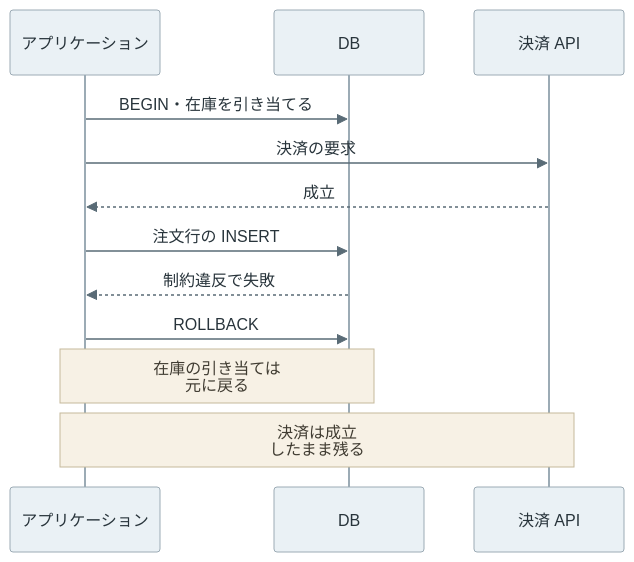
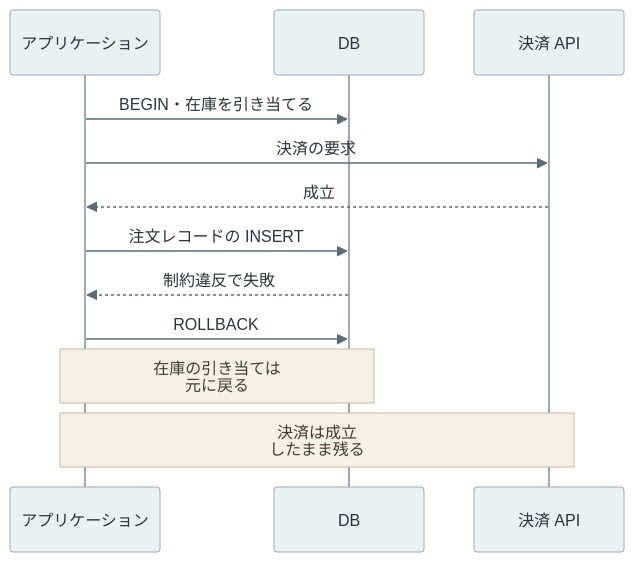
The third of 4 diagrams in content/notes/database-systems/transaction-scope/index.md (nao1215/debimate), drawn with Mermaid before and after one commit. The commit also changed other lines of this file and 125 other files, not shown here.

````diff
--- a/content/notes/database-systems/transaction-scope/index.md
+++ b/content/notes/database-systems/transaction-scope/index.md
@@ -98,15 +102,15 @@
 ```mermaid
 %%{init: {"theme":"base","themeVariables":{"primaryColor":"#eaf1f5","primaryTextColor":"#28343b","primaryBorderColor":"#9cabb5","lineColor":"#596b76","textColor":"#28343b","actorBkg":"#eaf1f5","actorBorder":"#9cabb5","actorTextColor":"#28343b","actorLineColor":"#9cabb5","signalColor":"#596b76","signalTextColor":"#28343b","noteBkgColor":"#f7f1e5","noteBorderColor":"#c5b99b","noteTextColor":"#403c32","activationBkgColor":"#edf3ef","activationBorderColor":"#9aafa1"}}}%%
 sequenceDiagram
     participant App as アプリケーション
     participant DB as DB
     participant Pay as 決済 API
     App->>DB: BEGIN・在庫を引き当てる
     App->>Pay: 決済の要求
     Pay-->>App: 成立
-    App->>DB: 注文行の INSERT
+    App->>DB: 注文レコードの INSERT
     DB-->>App: 制約違反で失敗
     App->>DB: ROLLBACK
     Note over App,DB: 在庫の引き当ては<br/>元に戻る
     Note over App,Pay: 決済は成立<br/>したまま残る
 ```
````
